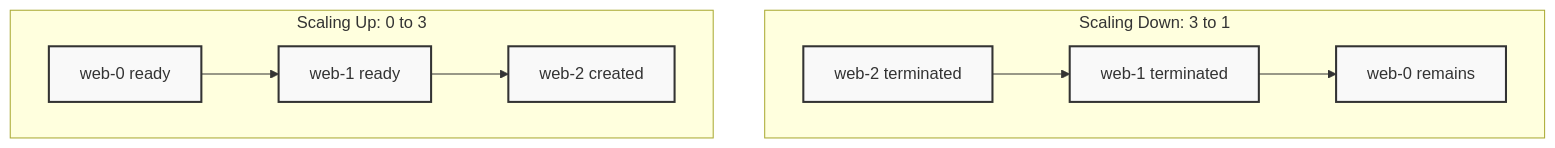
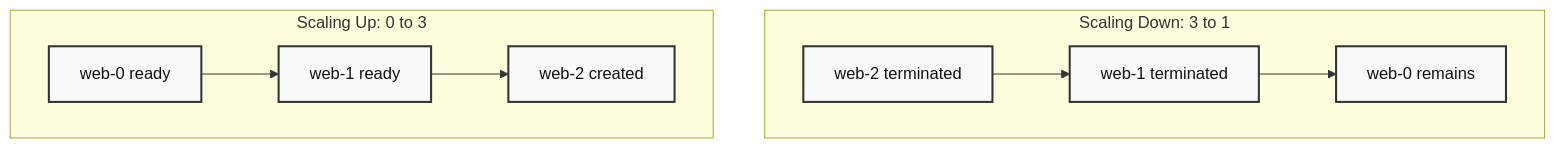
One commit to kube-dojo/kube-dojo.github.io changed the third of 4 diagrams in src/content/docs/k8s/cka/part2-workloads-scheduling/module-2.3-daemonsets-statefulsets.md. Above: the diagram before and after it, drawn with Mermaid. The commit also changed 18 other files, not shown here.

Commit message:
docs: set readable Mermaid foreground colors (#3442)

````diff
--- a/src/content/docs/k8s/cka/part2-workloads-scheduling/module-2.3-daemonsets-statefulsets.md
+++ b/src/content/docs/k8s/cka/part2-workloads-scheduling/module-2.3-daemonsets-statefulsets.md
@@ -423,16 +423,16 @@
 ```mermaid
 flowchart LR
     subgraph ScaleUp [Scaling Up: 0 to 3]
         direction LR
         S0[web-0 ready] --> S1[web-1 ready] --> S2[web-2 created]
     end
 
     subgraph ScaleDown [Scaling Down: 3 to 1]
         direction LR
         D2[web-2 terminated] --> D1[web-1 terminated] --> D0[web-0 remains]
     end
 
     ScaleUp ~~~ ScaleDown
 
-    classDef default fill:#f9f9f9,stroke:#333,stroke-width:2px;
+    classDef default fill:#f9f9f9,color:#111,stroke:#333,stroke-width:2px;
 ```
````
